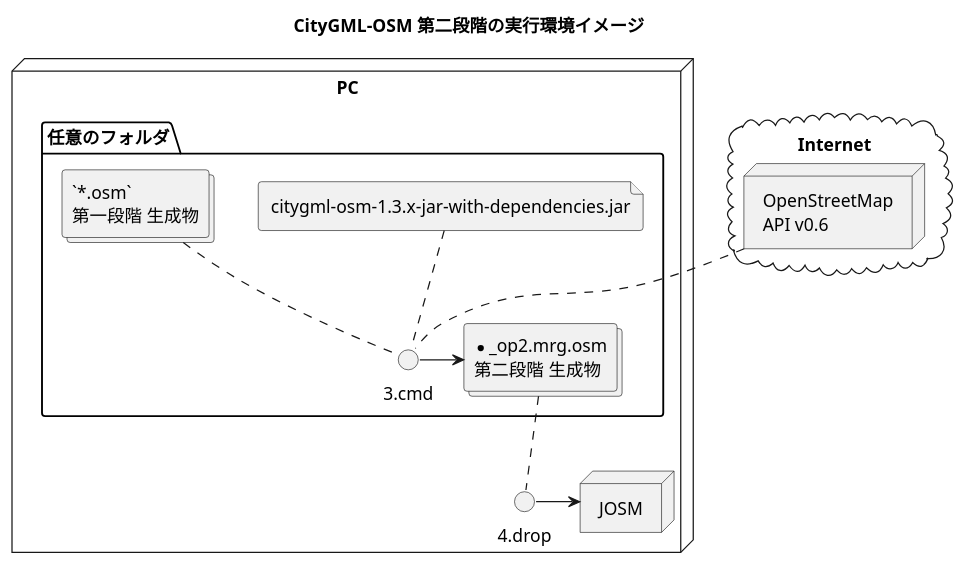
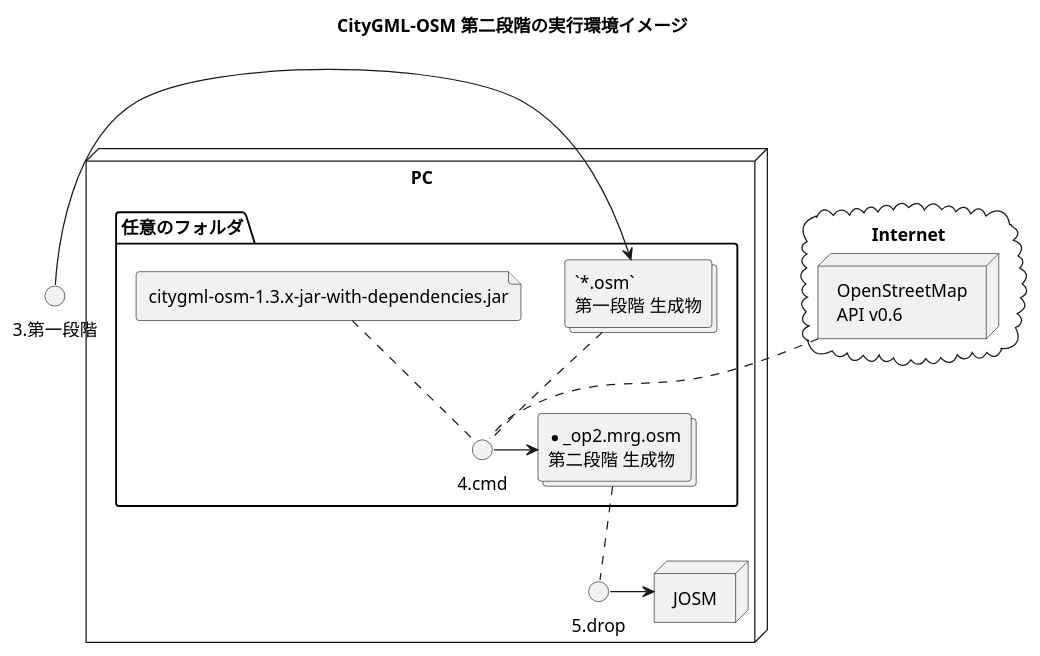
One commit to yuuhayashi/citygml-osm changed the diagram in doc/startup2nd.pu. Above: the diagram before and after it, drawn with PlantUML. The commit also changed 5 other files, not shown here.

```diff
--- a/doc/startup2nd.pu
+++ b/doc/startup2nd.pu
@@ -1,28 +1,31 @@
 @startuml
 title CityGML-OSM 第二段階の実行環境イメージ
 
 cloud Internet {
  node "OpenStreetMap\nAPI v0.6" as osmapi
 }
 
+() "3.第一段階" as cmd3
+
 node PC {
  folder 任意のフォルダ {
   file "citygml-osm-1.3.x-jar-with-dependencies.jar" as jar
   collections "`*.osm`\n第一段階 生成物" as osm
+  cmd3 -> osm
  
-  () "3.cmd" as cmd
+  () "4.cmd" as cmd
   jar .. cmd
   osm .. cmd
   osmapi .. cmd
  
   collections "*_op2.mrg.osm\n第二段階 生成物" as mrg
   cmd -> mrg
  }
 
- () "4.drop" as drop
+ () "5.drop" as drop
  node JOSM
 }
 
 mrg .. drop
 drop -> JOSM
 @enduml
```
